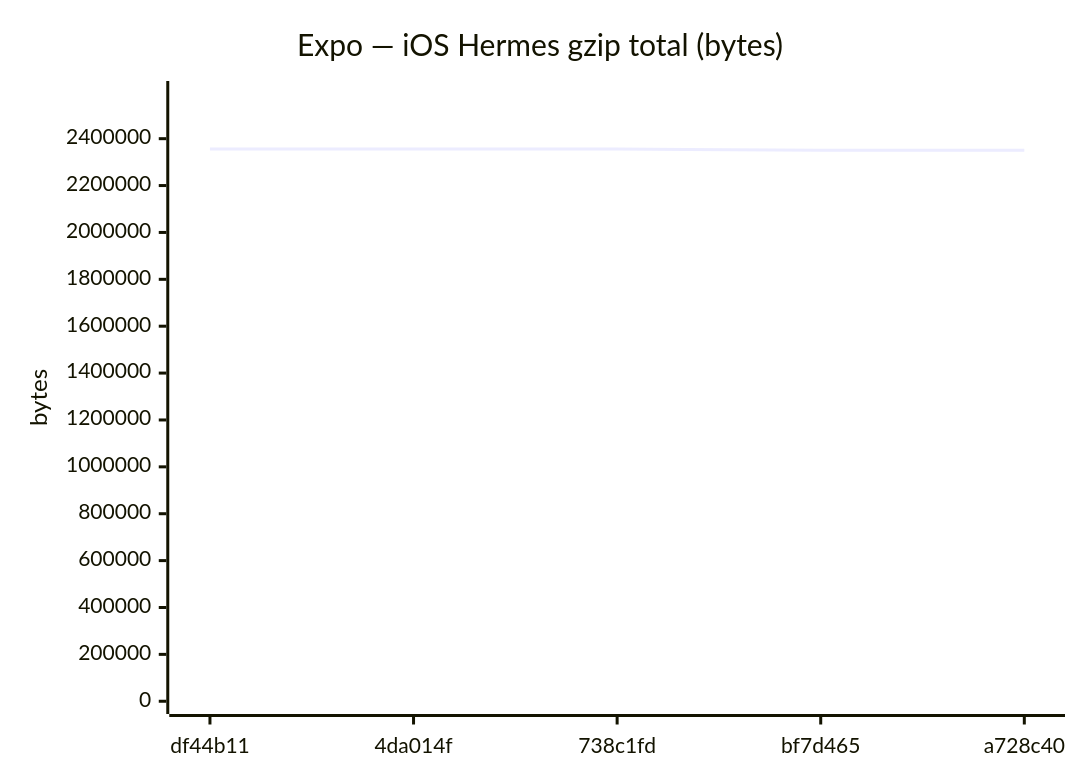
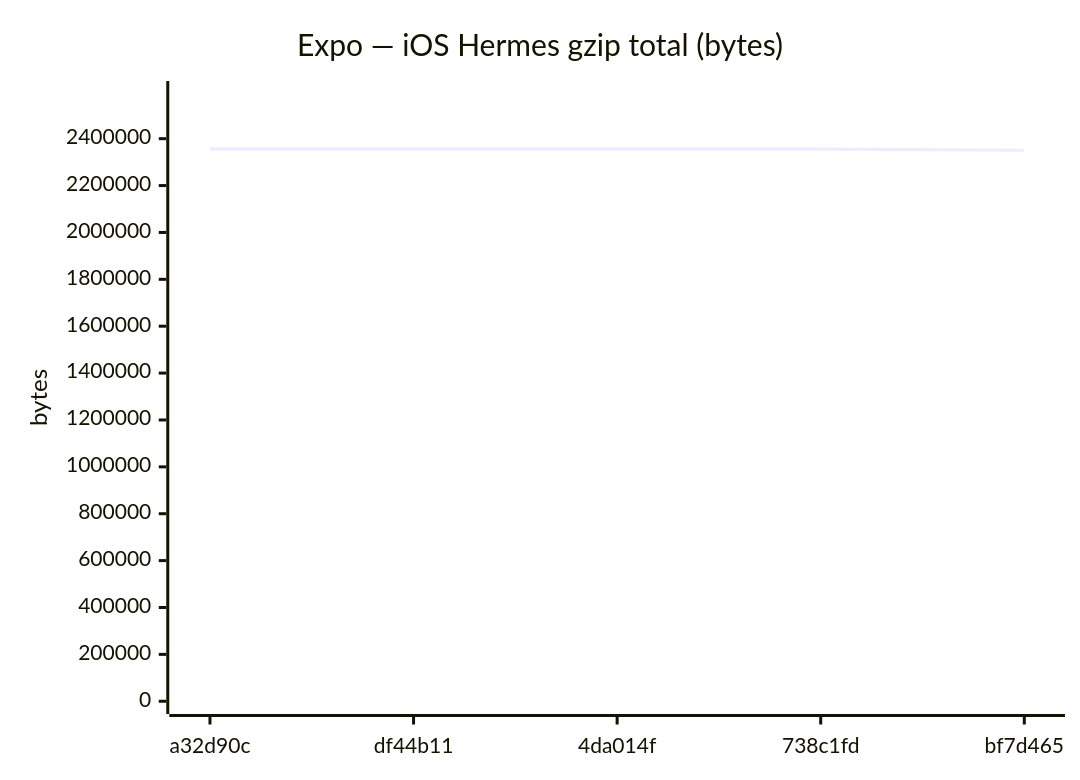
Diagram 16 of 24 in benchmarks/compare.md (Metaheurist/Rianell), drawn with Mermaid before and after one commit. The commit also changed other lines of this file and 12 other files, not shown here.

````diff
--- a/benchmarks/compare.md
+++ b/benchmarks/compare.md
@@ -228,7 +228,7 @@
 ```mermaid
 xychart-beta
     title "Expo — iOS Hermes gzip total (bytes)"
-    x-axis ["df44b11", "4da014f", "738c1fd", "bf7d465", "a728c40"]
+    x-axis ["a32d90c", "df44b11", "4da014f", "738c1fd", "bf7d465"]
     y-axis "bytes" 0 --> 2591666
-    line [2356058, 2356060, 2356059, 2350178, 2350175]
+    line [2356058, 2356058, 2356060, 2356059, 2350178]
 ```
````
